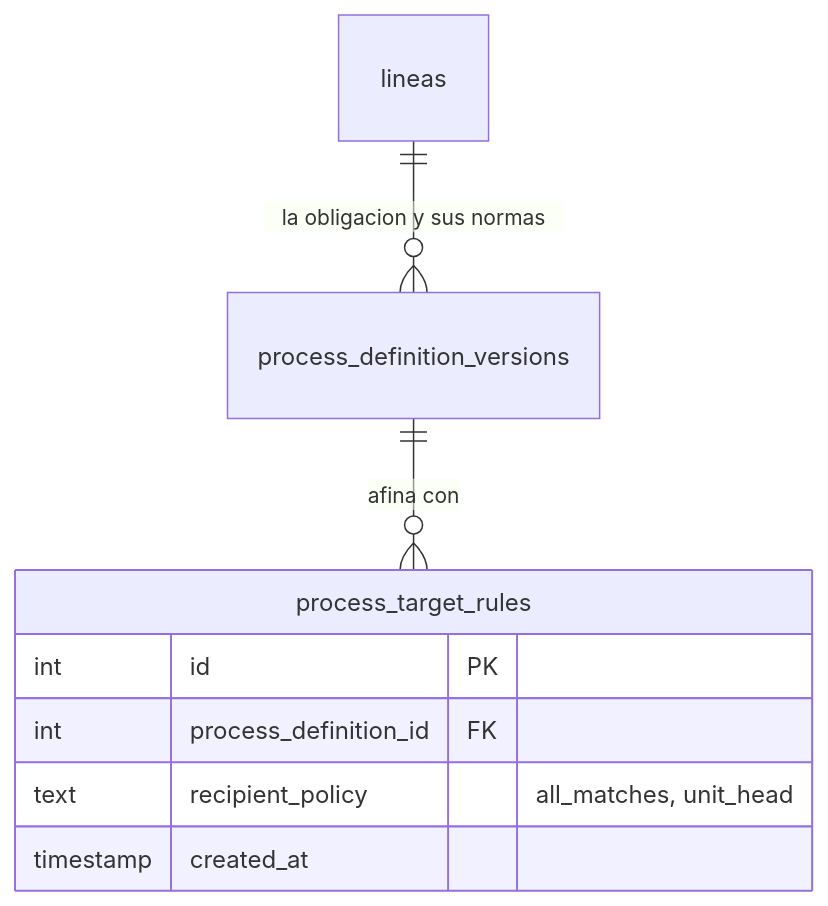
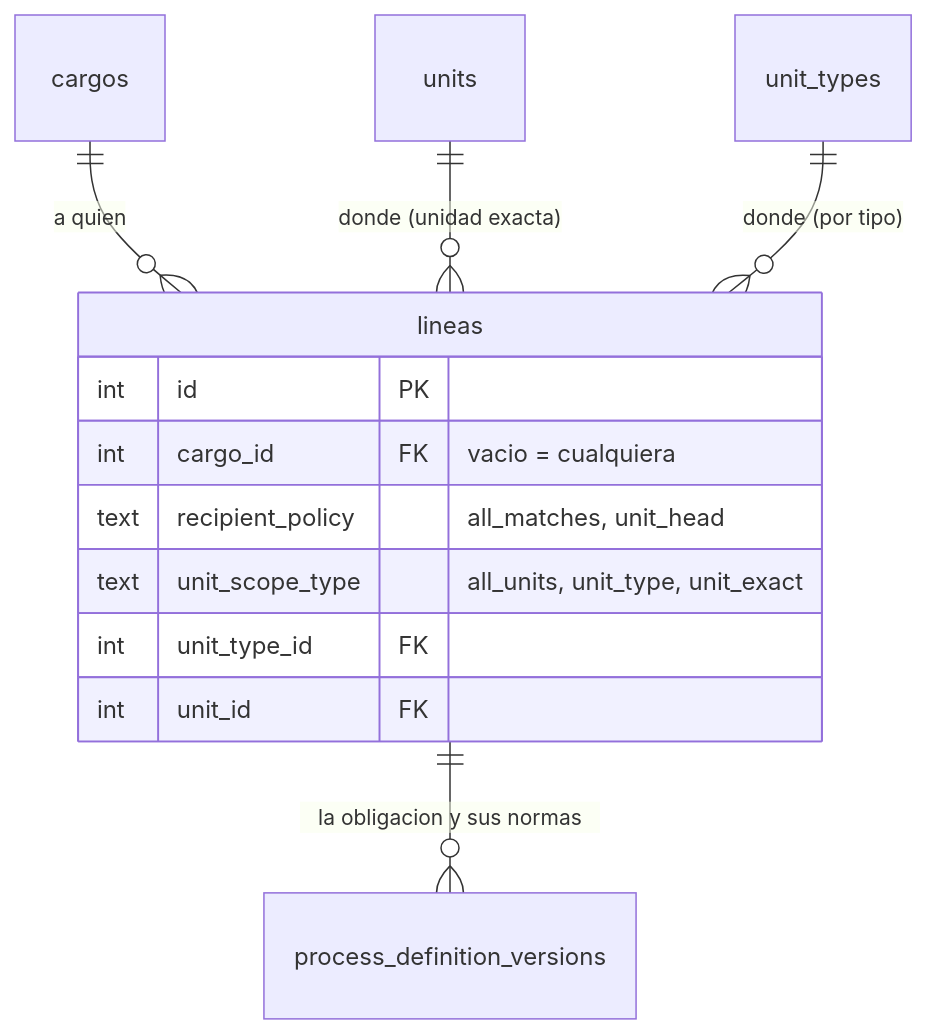
The diagram in docs/src/content/docs/modelo/reparto.md (fresvel/deasy), drawn with Mermaid before and after one commit. The commit also changed other lines of this file and 56 other files, not shown here.

````diff
--- a/docs/src/content/docs/modelo/reparto.md
+++ b/docs/src/content/docs/modelo/reparto.md
@@ -145,16 +163,18 @@
 ```mermaid
 erDiagram
-  %% parcial: `lineas` y `process_definition_versions` salen solo como el extremo de su relacion,
-  %% para situar de donde viene el alcance. Sus columnas estan en /modelo/mapa-con-campos/
+  %% parcial: de `lineas` salen solo las columnas del REPARTO, que es lo que cuenta esta pagina.
+  %% La tabla entera esta en /modelo/mapa-con-campos/
   lineas ||--o{ process_definition_versions : "la obligacion y sus normas"
-  process_definition_versions ||--o{ process_target_rules : "afina con"
+  cargos ||--o{ lineas : "a quien"
+  units ||--o{ lineas : "donde (unidad exacta)"
+  unit_types ||--o{ lineas : "donde (por tipo)"
 
-  process_target_rules {
+  lineas {
     int id PK
-    int process_definition_id FK
-
+    int cargo_id FK "vacio = cualquiera"
     text recipient_policy "all_matches, unit_head"
-
-    timestamp created_at
+    text unit_scope_type "all_units, unit_type, unit_exact"
+    int unit_type_id FK
+    int unit_id FK
   }
 ```
````
